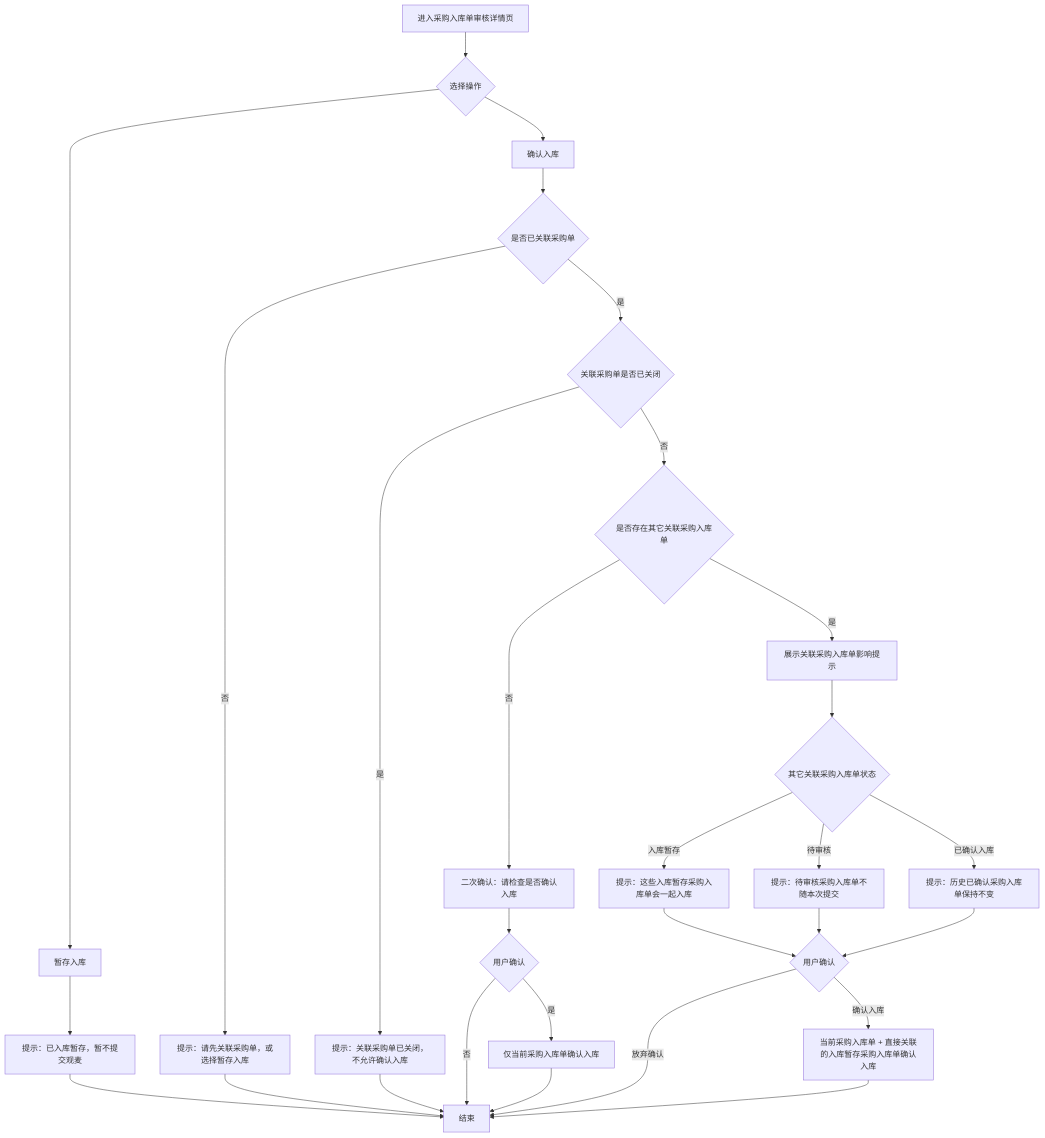
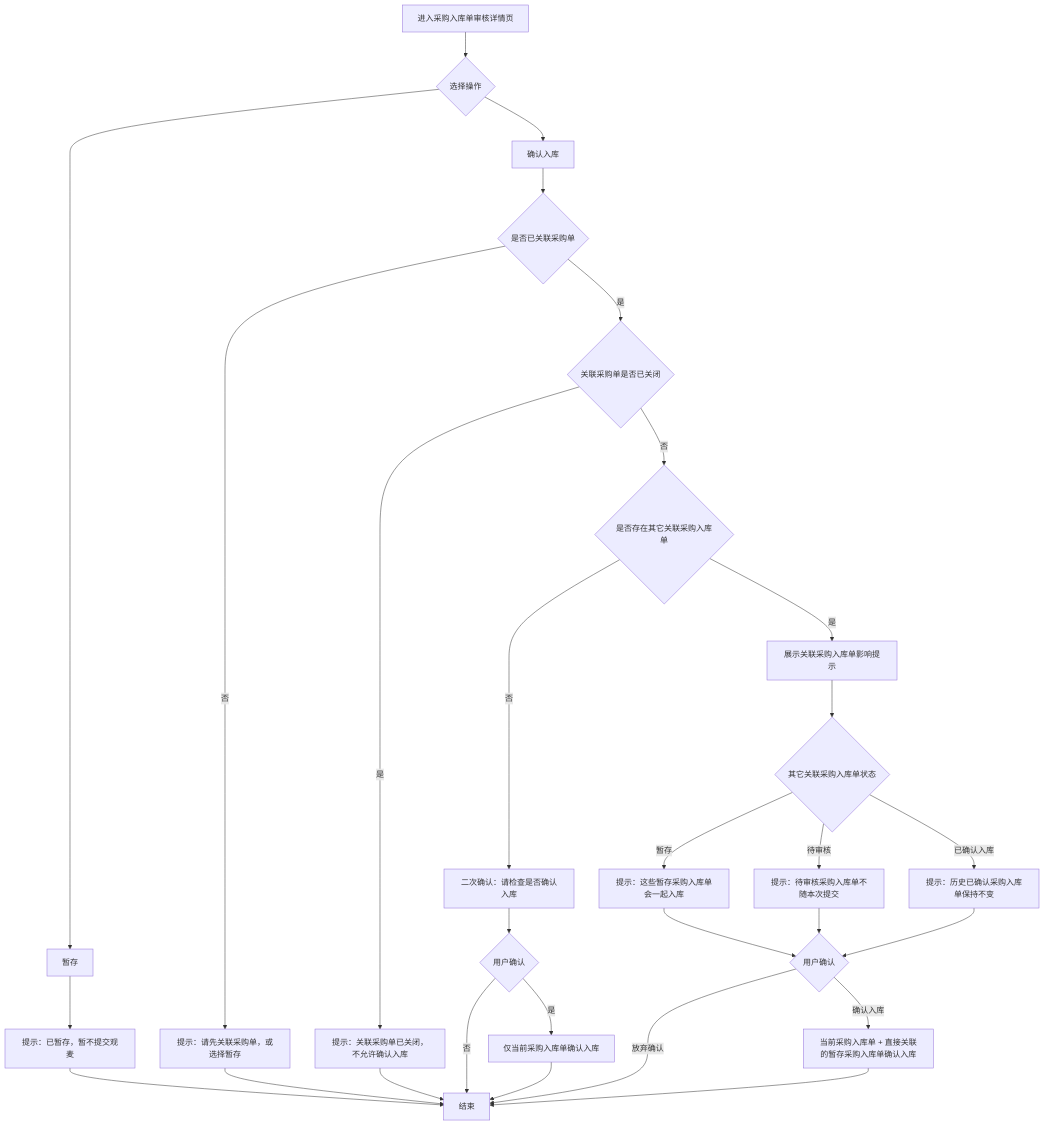
Before and after one commit to Xky114514/Xky114514.github.io: the diagram in purchase-field-spec.md, drawn with Mermaid. The commit also changed other lines of this file and 4 other files, not shown here.

````diff
--- a/purchase-field-spec.md
+++ b/purchase-field-spec.md
@@ -97,31 +97,31 @@
 ```mermaid
 flowchart TD
   A["进入采购入库单审核详情页"] --> B{"选择操作"}
-  B --> C["暂存入库"]
-  C --> C1["提示：已入库暂存，暂不提交观麦"]
+  B --> C["暂存"]
+  C --> C1["提示：已暂存，暂不提交观麦"]
   C1 --> Z["结束"]
   B --> D["确认入库"]
   D --> E{"是否已关联采购单"}
-  E -- "否" --> E1["提示：请先关联采购单，或选择暂存入库"]
+  E -- "否" --> E1["提示：请先关联采购单，或选择暂存"]
   E1 --> Z
   E -- "是" --> F{"关联采购单是否已关闭"}
   F -- "是" --> F1["提示：关联采购单已关闭，不允许确认入库"]
   F1 --> Z
   F -- "否" --> G{"是否存在其它关联采购入库单"}
   G -- "否" --> H["二次确认：请检查是否确认入库"]
   H --> H1{"用户确认"}
   H1 -- "否" --> Z
   H1 -- "是" --> H2["仅当前采购入库单确认入库"]
   H2 --> Z
   G -- "是" --> I["展示关联采购入库单影响提示"]
   I --> J{"其它关联采购入库单状态"}
-  J -- "入库暂存" --> K["提示：这些入库暂存采购入库单会一起入库"]
+  J -- "暂存" --> K["提示：这些暂存采购入库单会一起入库"]
   J -- "待审核" --> L["提示：待审核采购入库单不随本次提交"]
   J -- "已确认入库" --> M["提示：历史已确认采购入库单保持不变"]
   K --> N{"用户确认"}
   L --> N
   M --> N
   N -- "放弃确认" --> Z
-  N -- "确认入库" --> O["当前采购入库单 + 直接关联的入库暂存采购入库单确认入库"]
+  N -- "确认入库" --> O["当前采购入库单 + 直接关联的暂存采购入库单确认入库"]
   O --> Z
 ```
````
